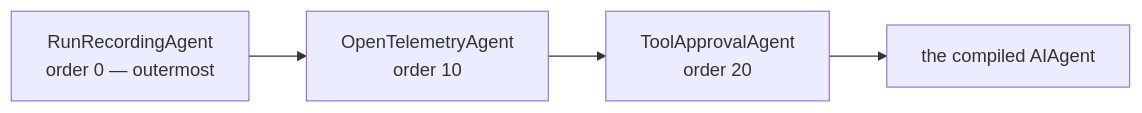
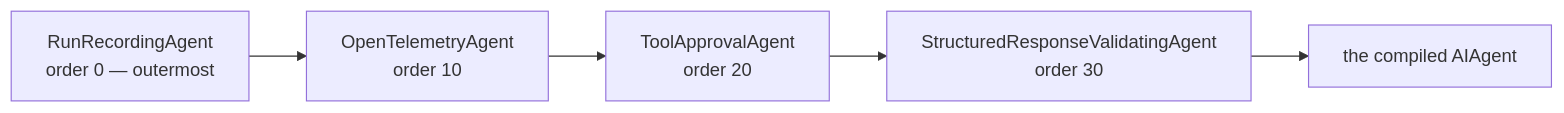
The first of 2 diagrams in docs-site/src/content/docs/concepts/runs.md (farukatasoy/Tracon), drawn with Mermaid before and after one commit. The commit also changed other lines of this file and 143 other files, not shown here.

````diff
--- a/docs-site/src/content/docs/concepts/runs.md
+++ b/docs-site/src/content/docs/concepts/runs.md
@@ -18,8 +18,9 @@
 ```mermaid
 flowchart LR
     accTitle: Agent execution decorator order
-    accDescr: Run recording wraps telemetry, approvals, guards, online evaluation, and the inner agent in a fixed outer-to-inner order.
+    accDescr: Run recording wraps telemetry, tool approvals, structured response validation, and the compiled agent. Custom decorators can participate through their configured order.
     REC["RunRecordingAgent<br/>order 0 — outermost"] --> OTEL["OpenTelemetryAgent<br/>order 10"]
     OTEL --> APR["ToolApprovalAgent<br/>order 20"]
-    APR --> AGENT["the compiled AIAgent"]
+    APR --> VALIDATE["StructuredResponseValidatingAgent<br/>order 30"]
+    VALIDATE --> AGENT["the compiled AIAgent"]
 ```
````
